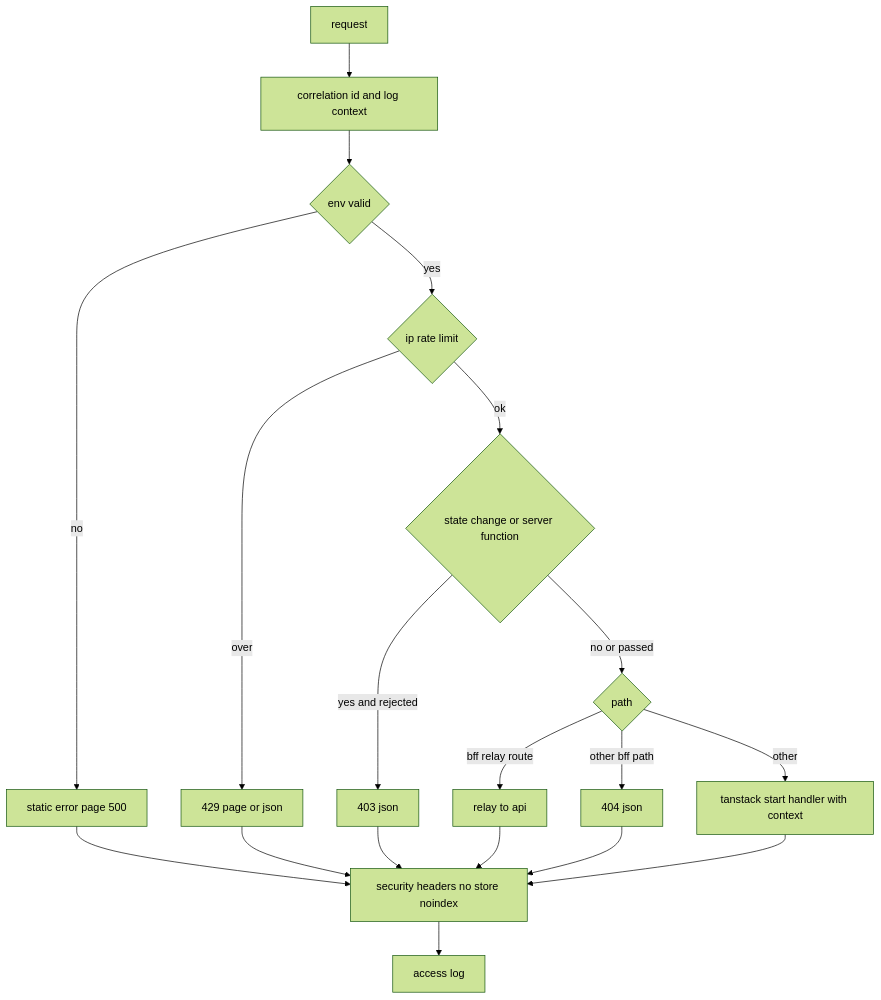
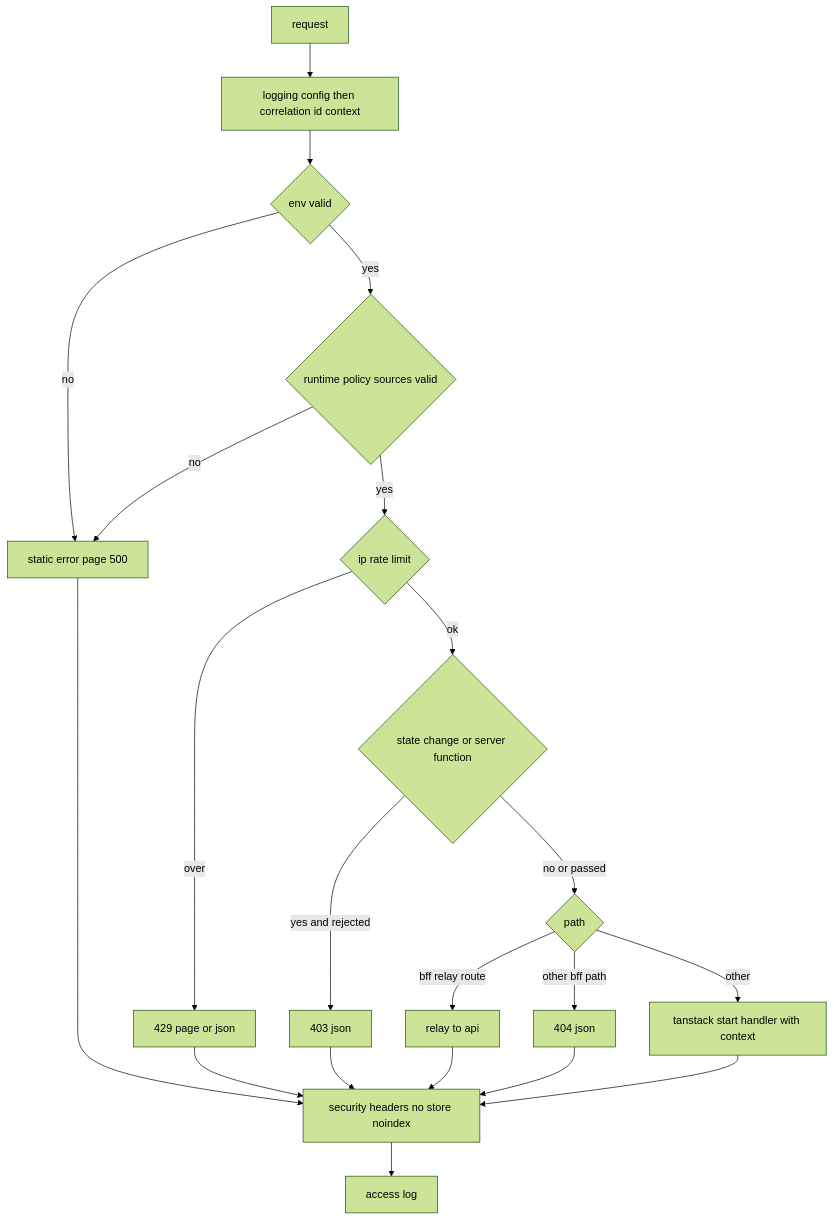
Before and after one commit to kurachiweb/genai-example-2-launch-platform: the second of 5 diagrams in .kiro/specs/frontend-platform/design.md, drawn with Mermaid (forest theme). The commit also changed other lines of this file, not shown here.

````diff
--- a/.kiro/specs/frontend-platform/design.md
+++ b/.kiro/specs/frontend-platform/design.md
@@ -308,21 +373,23 @@
 ```mermaid
 flowchart TD
-    Req[request] --> Ctx[correlation id and log context]
+    Req[request] --> Ctx[logging config then correlation id context]
     Ctx --> Env{env valid}
     Env -->|no| E500[static error page 500]
-    Env -->|yes| Rate{ip rate limit}
+    Env -->|yes| Policy{runtime policy sources valid}
+    Policy -->|no| E500
+    Policy -->|yes| Rate{ip rate limit}
     Rate -->|over| E429[429 page or json]
     Rate -->|ok| Csrf{state change or server function}
     Csrf -->|yes and rejected| E403[403 json]
     Csrf -->|no or passed| Route{path}
     Route -->|bff relay route| Relay[relay to api]
     Route -->|other bff path| E404[404 json]
     Route -->|other| Start[tanstack start handler with context]
     Relay --> Post[security headers no store noindex]
     Start --> Post
     E500 --> Post
     E429 --> Post
     E403 --> Post
     E404 --> Post
     Post --> Log[access log]
 ```
````
